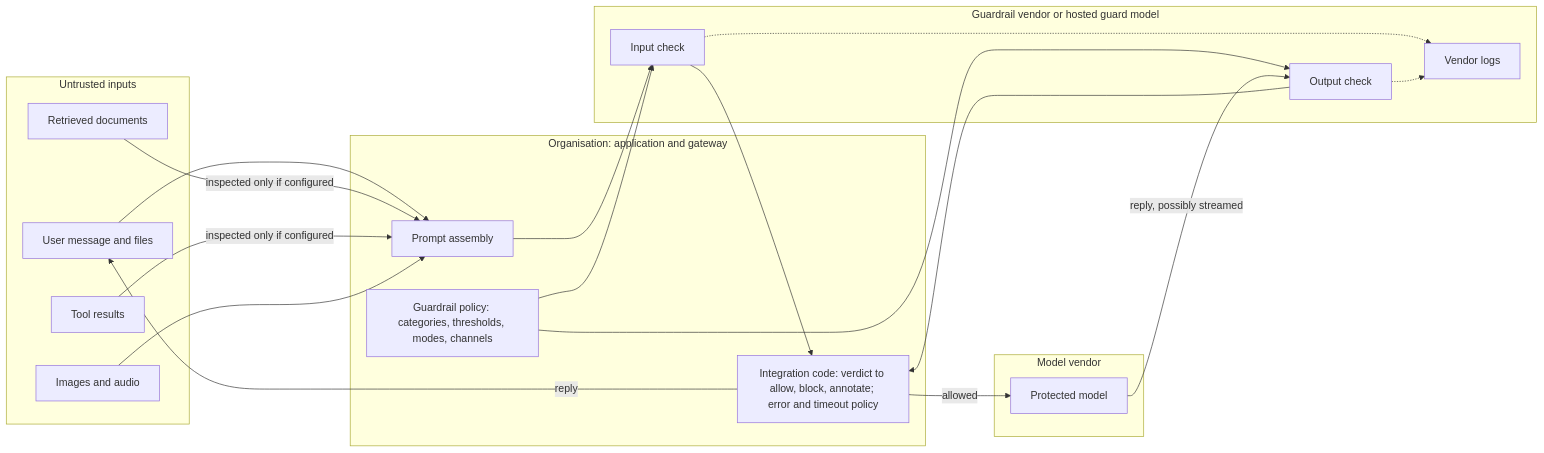
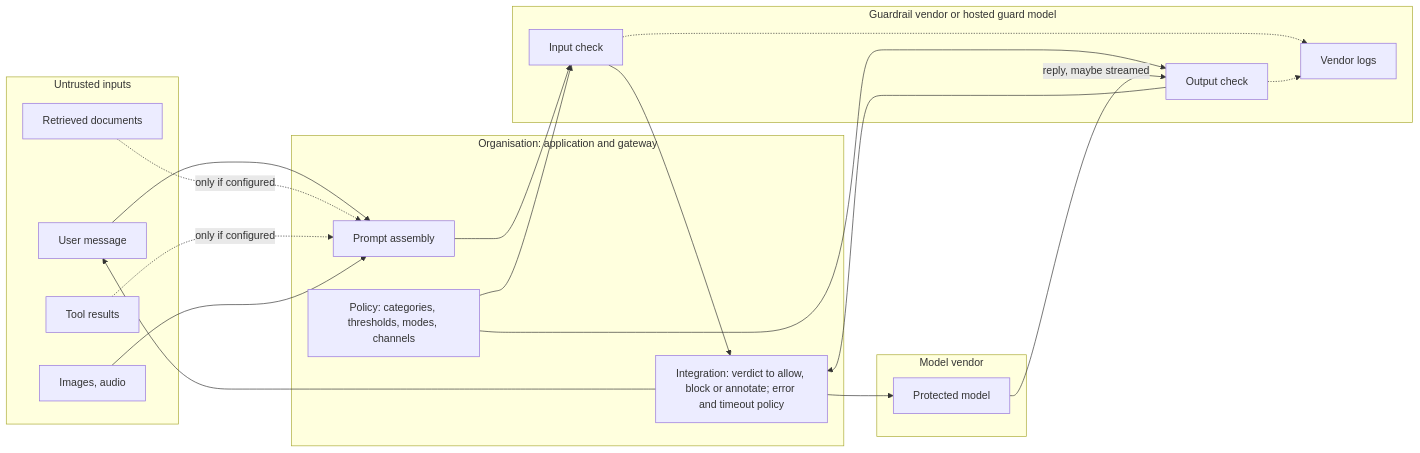
One commit to wtcooper/ai-security-evals changed the diagram in threat-models/guardrail.md. Above: the diagram before and after it, drawn with Mermaid. The commit also changed other lines of this file and 5 other files, not shown here.

````diff
--- a/threat-models/guardrail.md
+++ b/threat-models/guardrail.md
@@ -97,34 +72,32 @@
 ```mermaid
 flowchart LR
-  subgraph TB1["Untrusted inputs"]
-    U["User message and files"]
+  subgraph IN["Untrusted inputs"]
+    U["User message"]
     R["Retrieved documents"]
     T["Tool results"]
-    MM["Images and audio"]
+    MM["Images, audio"]
   end
-  subgraph TB2["Organisation: application and gateway"]
+  subgraph ORG["Organisation: application and gateway"]
     A["Prompt assembly"]
-    IC["Integration code: verdict to allow, block, annotate; error and timeout policy"]
-    P["Guardrail policy: categories, thresholds, modes, channels"]
+    IC["Integration: verdict to allow, block or annotate; error and timeout policy"]
+    P["Policy: categories, thresholds, modes, channels"]
   end
-  subgraph TB3["Guardrail vendor or hosted guard model"]
+  subgraph GV["Guardrail vendor or hosted guard model"]
     GI["Input check"]
     GO["Output check"]
     GL["Vendor logs"]
   end
-  subgraph TB4["Model vendor"]
+  subgraph MV["Model vendor"]
     M["Protected model"]
   end
   U --> A
-  R -->|"inspected only if configured"| A
-  T -->|"inspected only if configured"| A
+  R -.->|"only if configured"| A
+  T -.->|"only if configured"| A
   MM --> A
-  A --> GI --> IC
+  A --> GI --> IC --> M
   P --> GI
   P --> GO
-  IC -->|"allowed"| M
-  M -->|"reply, possibly streamed"| GO --> IC
-  IC -->|"reply"| U
+  M -->|"reply, maybe streamed"| GO --> IC --> U
   GI -.-> GL
   GO -.-> GL
 ```
````
